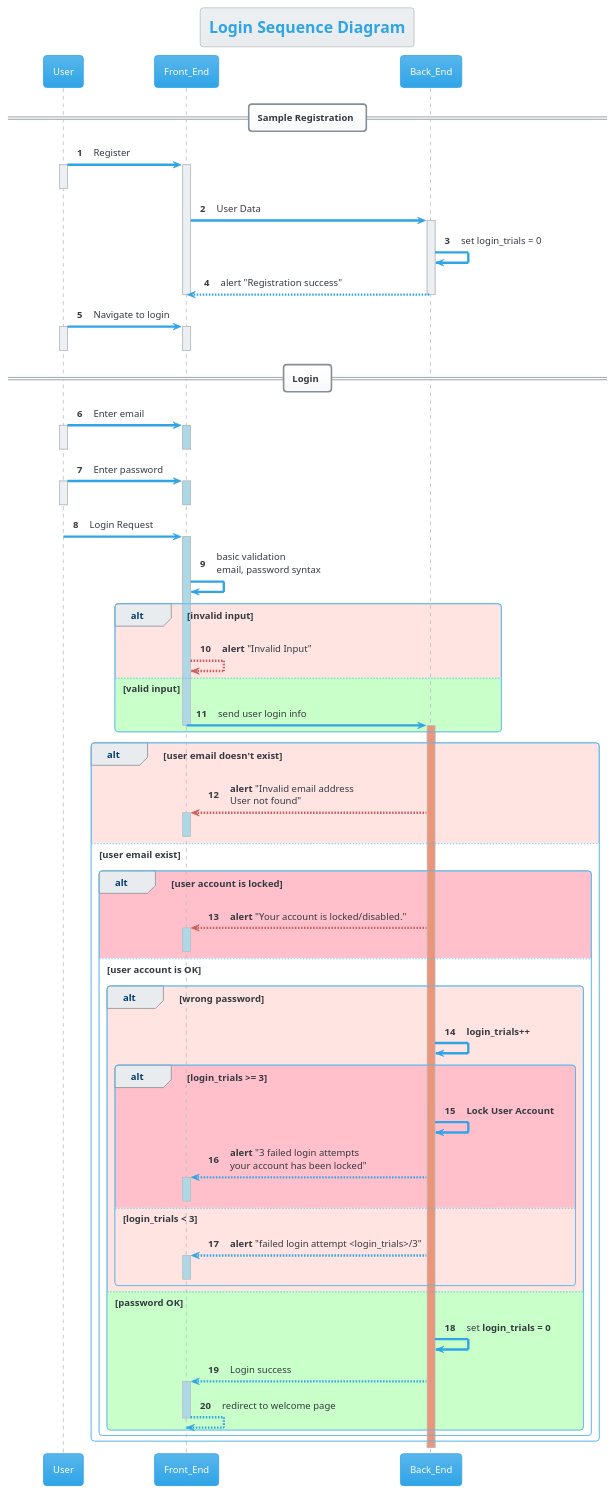
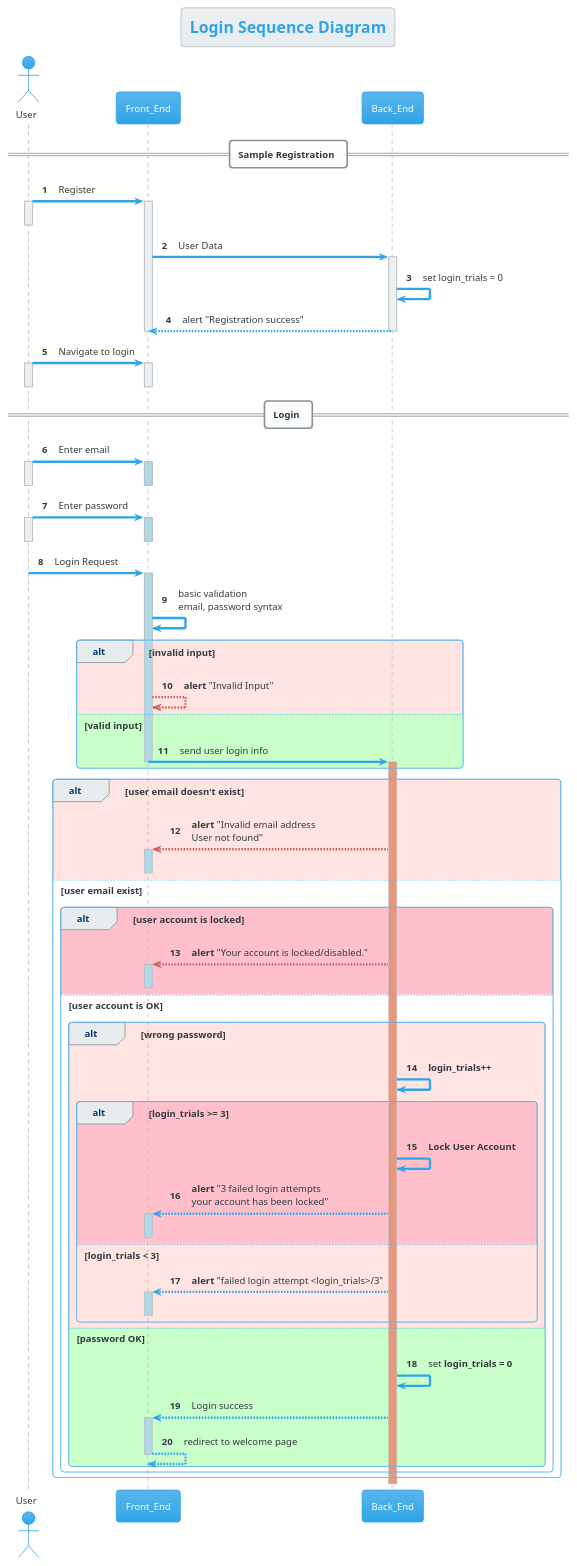
The diagram in SWE/Login_Sequence.puml (HossamElwahsh/sprints-automotive), drawn with PlantUML before and after one commit.

Commit message:
update <SWE>: updated user block to show as a sticky man

```diff
--- a/SWE/Login_Sequence.puml
+++ b/SWE/Login_Sequence.puml
@@ -1,92 +1,93 @@
 @startuml
 'https://plantuml.com/sequence-diagram
 'Author: Hossam Elwahsh
 !theme cerulean
 title Login Sequence Diagram
+autonumber
+actor User
 
-autonumber
 == Sample Registration ==
 User -> Front_End: Register
 activate Front_End
 activate User
 deactivate User
 Front_End -> Back_End: User Data
 activate Back_End
 Back_End -> Back_End: set login_trials = 0
 Back_End --> Front_End: alert "Registration success"
 deactivate Back_End
 deactivate Front_End
 
 User -> Front_End: Navigate to login
 activate Front_End
 activate User
 deactivate Front_End
 deactivate User
 
 == Login ==
 User -> Front_End: Enter email
 activate Front_End #lightblue
 activate User
 deactivate Front_End
 deactivate User
 User -> Front_End: Enter password
 activate Front_End #lightblue
 deactivate Front_End
 activate User
 deactivate User
 
 User -> Front_End: Login Request
 activate Front_End #lightblue
 Front_End -> Front_End: basic validation\nemail, password syntax
 
 alt #mistyrose invalid input
     Front_End -[#indianred]-> Front_End: **alert** "Invalid Input"
 
 else #technology valid input
     Front_End -> Back_End: send user login info
 
     deactivate Front_End #lightblue
     activate Back_End #darkSalmon
 end
 
 alt #mistyrose user email doesn't exist
 
 Back_End -[#indianred]-> Front_End: **alert** "Invalid email address\nUser not found"
 activate Front_End #lightblue
 deactivate Front_End
 
 else #white user email exist
     alt #pink user account is locked
     Back_End -[#indianred]-> Front_End: **alert** "Your account is locked/disabled."
     activate Front_End #lightblue
     deactivate Front_End
 
     else #white user account is OK
         alt #mistyrose wrong password
         Back_End -> Back_End: **login_trials++**
 
             alt #pink login_trials >= 3
                 Back_End -> Back_End: **Lock User Account**
                 Back_End --> Front_End: **alert** "3 failed login attempts\nyour account has been locked"
                 activate Front_End #lightblue
                 deactivate Front_End
 
             else #mistyrose login_trials < 3
             Back_End --> Front_End: **alert** "failed login attempt <login_trials>/3"
             activate Front_End #lightblue
             deactivate Front_End
 
             end
 
         else #technology password OK
             Back_End -> Back_End: set **login_trials = 0**
             Back_End --> Front_End: Login success
             activate Front_End #lightblue
             Front_End --> Front_End: redirect to welcome page
             deactivate Front_End
         end
     end
 
 end
 
 @enduml
```
